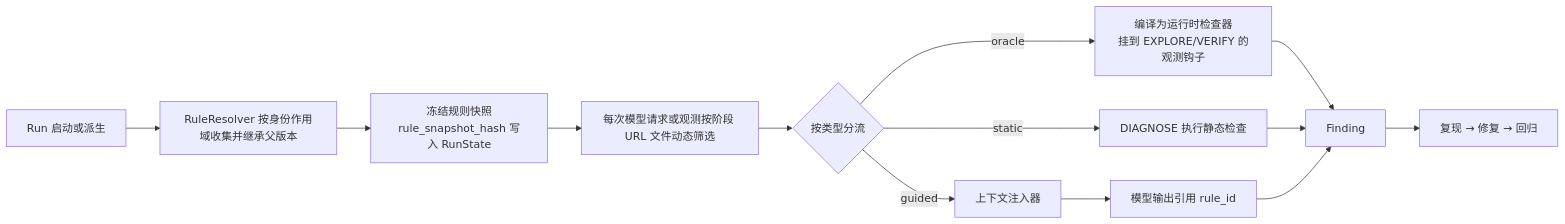
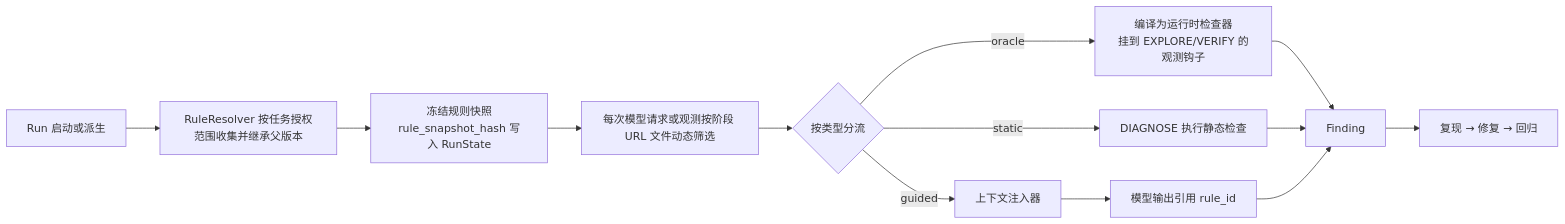
The diagram in docs/产品说明手册/04-检测规则/规则模型与注入.md (BUPTtsy/TraceFix-Agent), drawn with Mermaid before and after one commit. The commit also changed other lines of this file and 22 other files, not shown here.

````diff
--- a/docs/产品说明手册/04-检测规则/规则模型与注入.md
+++ b/docs/产品说明手册/04-检测规则/规则模型与注入.md
@@ -89,15 +91,15 @@
 ```mermaid
 flowchart LR
-  A[Run 启动或派生] --> B[RuleResolver 按身份作用域收集并继承父版本]
+  A[Run 启动或派生] --> B[RuleResolver 按任务授权范围收集并继承父版本]
   B --> C[冻结规则快照<br/>rule_snapshot_hash 写入 RunState]
   C --> K[每次模型请求或观测按阶段 URL 文件动态筛选]
   K --> D{按类型分流}
   D -- oracle --> E[编译为运行时检查器<br/>挂到 EXPLORE/VERIFY 的观测钩子]
   D -- static --> F[DIAGNOSE 执行静态检查]
   D -- guided --> G[上下文注入器]
   E --> H[Finding]
   F --> H
   G --> I[模型输出引用 rule_id]
   I --> H
   H --> J[复现 → 修复 → 回归]
 ```
````
